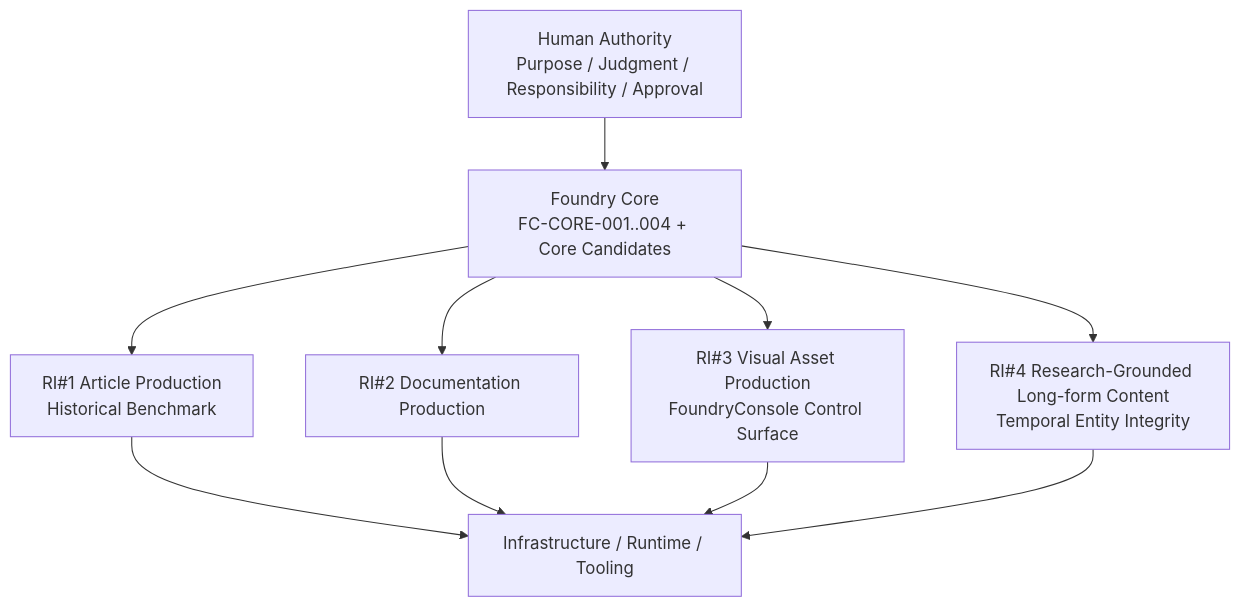
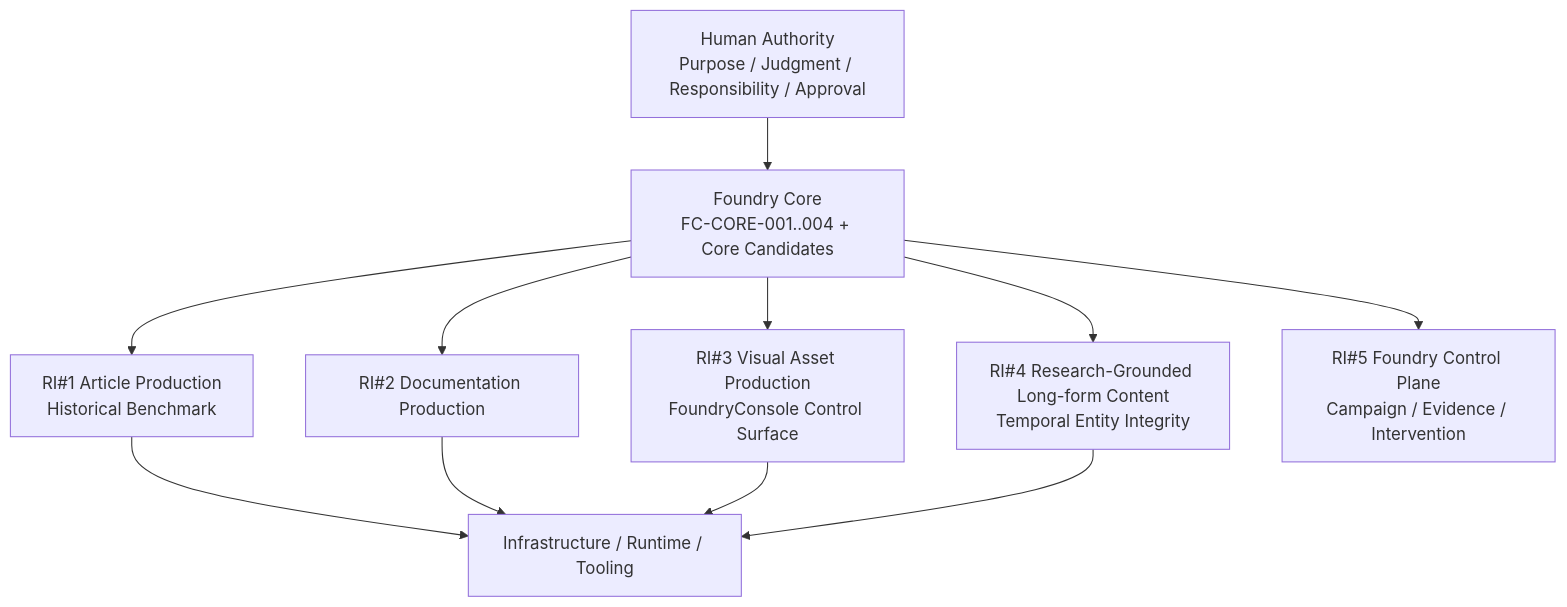
Before and after one commit to fctaityo/fctaityo.github.io: the first of 12 diagrams in docs/public/architecture-public.md, drawn with Mermaid. The commit also changed other lines of this file and 4 other files, not shown here.

````diff
--- a/docs/public/architecture-public.md
+++ b/docs/public/architecture-public.md
@@ -28,12 +28,13 @@
 ```mermaid
 flowchart TD
   H["Human Authority<br/>Purpose / Judgment / Responsibility / Approval"] --> F["Foundry Core<br/>FC-CORE-001..004 + Core Candidates"]
   F --> R1["RI#1 Article Production<br/>Historical Benchmark"]
   F --> R2["RI#2 Documentation Production"]
   F --> R3["RI#3 Visual Asset Production<br/>FoundryConsole Control Surface"]
   F --> R4["RI#4 Research-Grounded Long-form Content<br/>Temporal Entity Integrity"]
+  F --> R5["RI#5 Foundry Control Plane<br/>Campaign / Evidence / Intervention"]
   R1 --> I["Infrastructure / Runtime / Tooling"]
   R2 --> I
   R3 --> I
   R4 --> I
 ```
````
